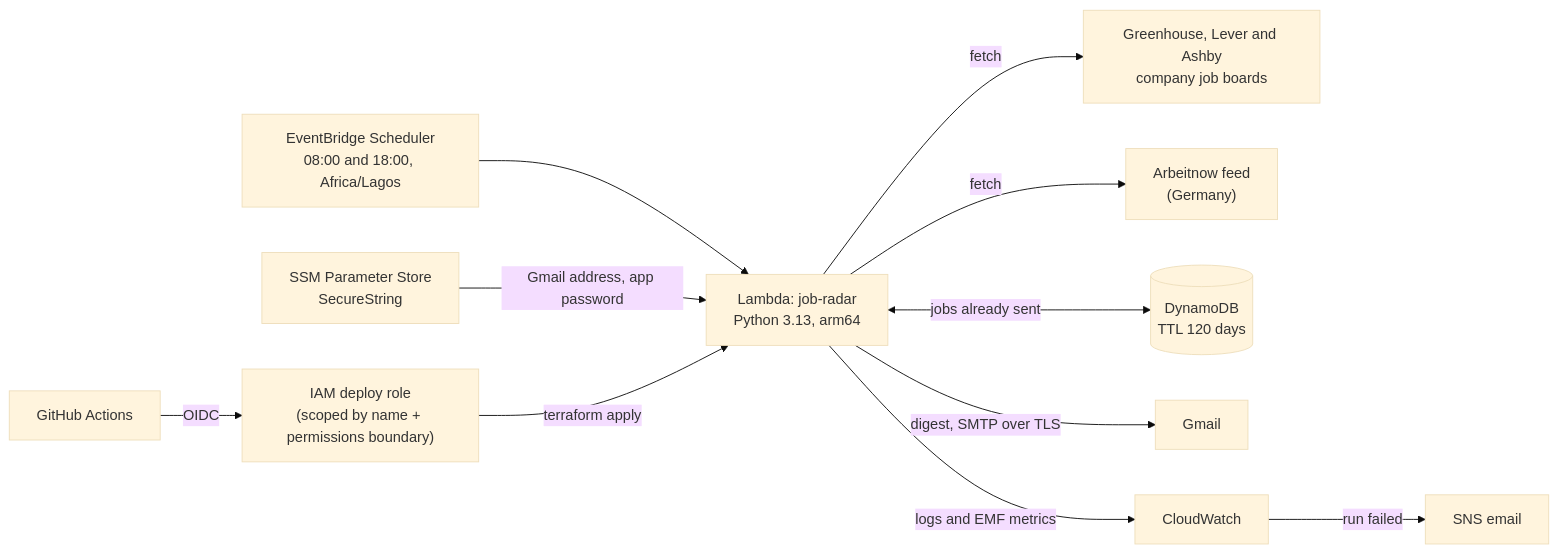
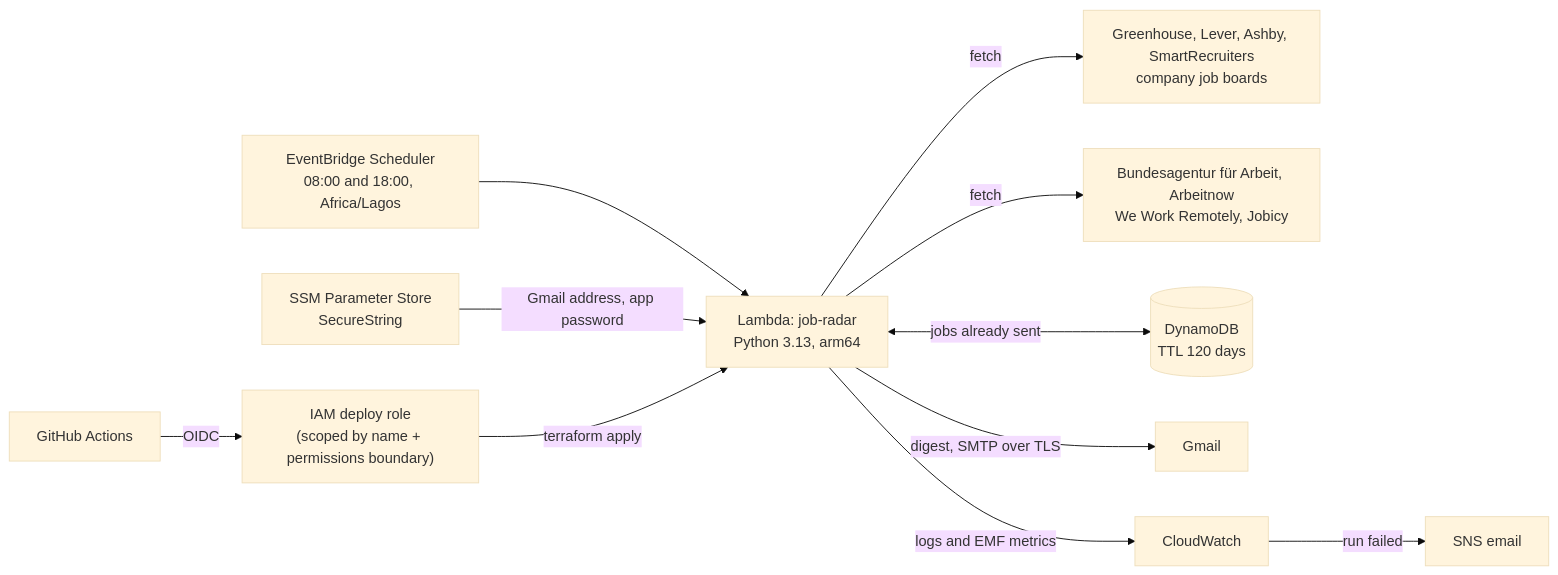
One commit to Faozil/Job-Radar changed the diagram in README.md. Above: the diagram before and after it, drawn with Mermaid (base theme). The commit also changed other lines of this file and 22 other files, not shown here.

````diff
--- a/README.md
+++ b/README.md
@@ -28,13 +29,13 @@
 ```mermaid
 flowchart LR
     S["EventBridge Scheduler<br/>08:00 and 18:00, Africa/Lagos"] --> L["Lambda: job-radar<br/>Python 3.13, arm64"]
-    L -->|fetch| B["Greenhouse, Lever and Ashby<br/>company job boards"]
-    L -->|fetch| A["Arbeitnow feed<br/>(Germany)"]
+    L -->|fetch| B["Greenhouse, Lever, Ashby, SmartRecruiters<br/>company job boards"]
+    L -->|fetch| A["Bundesagentur für Arbeit, Arbeitnow<br/>We Work Remotely, Jobicy"]
     L <-->|jobs already sent| D[("DynamoDB<br/>TTL 120 days")]
     P["SSM Parameter Store<br/>SecureString"] -->|Gmail address, app password| L
     L -->|digest, SMTP over TLS| T["Gmail"]
     L -->|logs and EMF metrics| C["CloudWatch"]
     C -->|run failed| E["SNS email"]
     G["GitHub Actions"] -->|OIDC| R["IAM deploy role<br/>(scoped by name + permissions boundary)"]
     R -->|terraform apply| L
 ```
````
